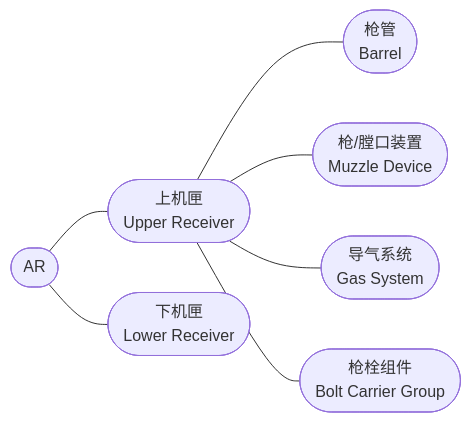
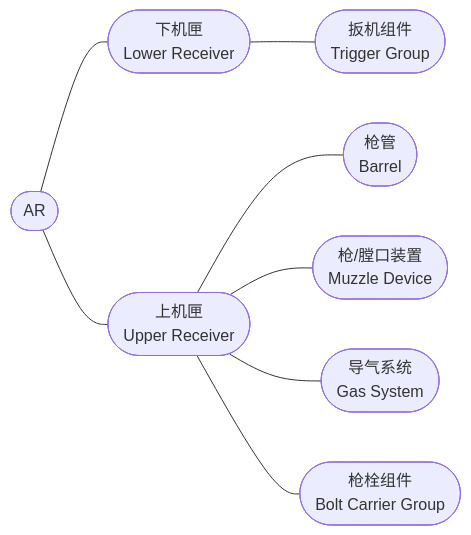
Before and after one commit to seraphdoo/BuildingGun: the diagram in README.md, drawn with Mermaid.

````diff
--- a/README.md
+++ b/README.md
@@ -3,23 +3,26 @@
 ```mermaid
 
 graph LR;
   ar([AR]);
   up([上机匣
   Upper Receiver]);
   lo([下机匣
   Lower Receiver]);
   barr([枪管
   Barrel]);
   muzz([枪/膛口装置
   Muzzle Device]);
   gas([导气系统
   Gas System]);
   bolt([枪栓组件
   Bolt Carrier Group]);
+  trig([扳机组件
+  Trigger Group]);
   ar --- lo;
   ar --- up;
   up --- barr;
   up --- muzz;
   up --- gas;
   up --- bolt;
+  lo --- trig;
 ```
````
